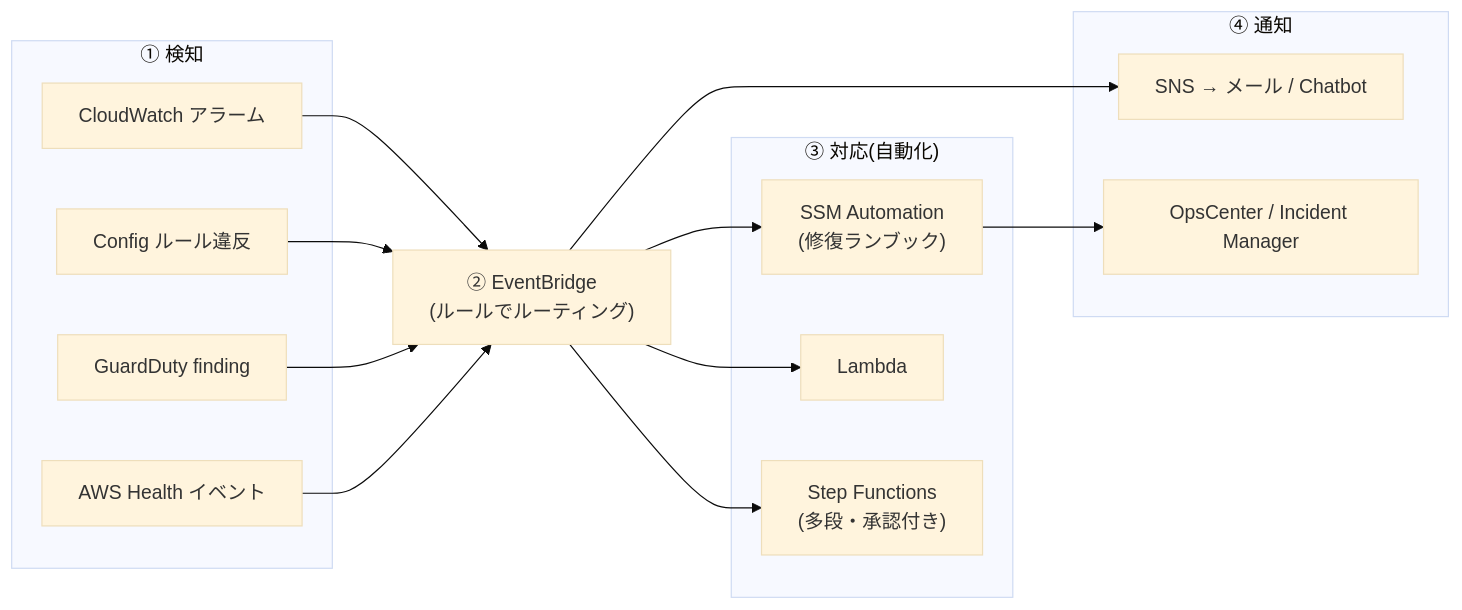
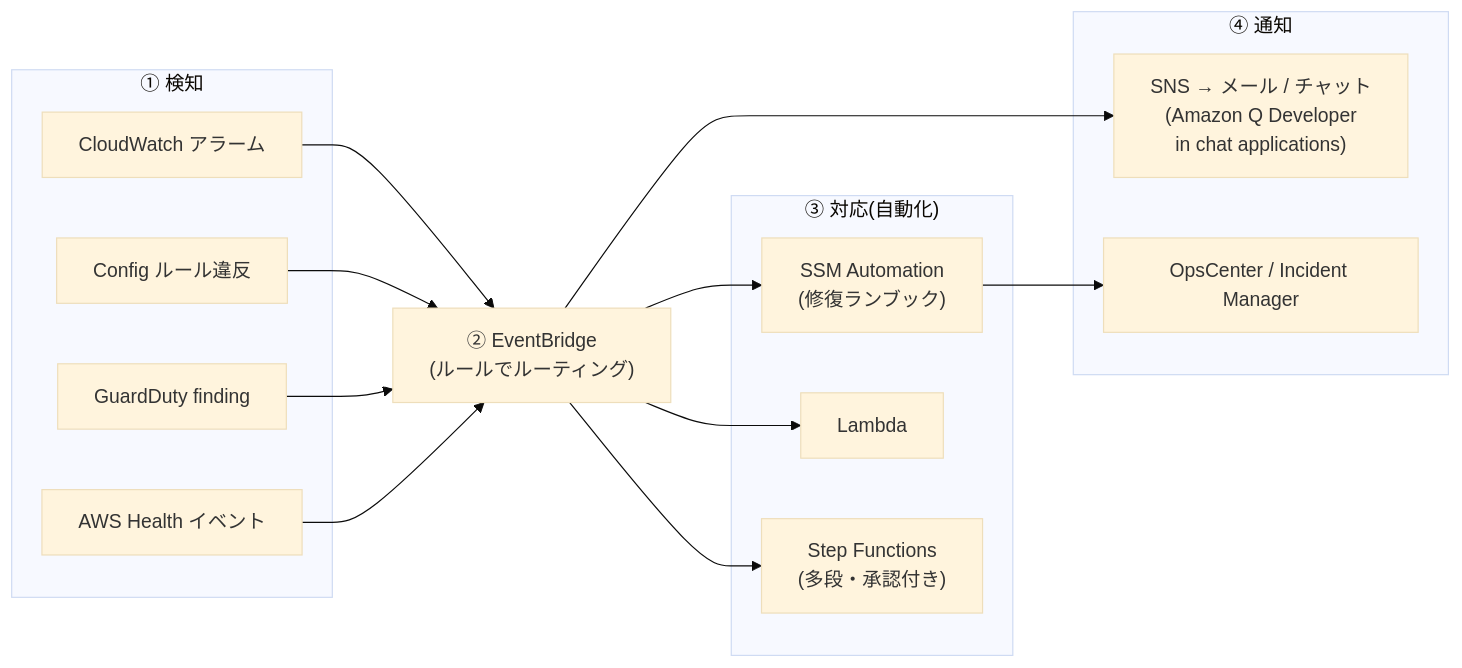
One commit to tono55/aws-sap changed the diagram in 03-continuous-improvement/3-1-operational-excellence.md. Above: the diagram before and after it, drawn with Mermaid (base theme). The commit also changed other lines of this file and 28 other files, not shown here.

````diff
--- a/03-continuous-improvement/3-1-operational-excellence.md
+++ b/03-continuous-improvement/3-1-operational-excellence.md
@@ -59,28 +59,28 @@
 ```mermaid
 flowchart LR
     subgraph detect["① 検知"]
         CW["CloudWatch アラーム"]
         CFG["Config ルール違反"]
         GD["GuardDuty finding"]
         HLTH["AWS Health イベント"]
     end
     EB["② EventBridge<br>(ルールでルーティング)"]
     subgraph act["③ 対応(自動化)"]
         SSM["SSM Automation<br>(修復ランブック)"]
         LMB["Lambda"]
         SFN["Step Functions<br>(多段・承認付き)"]
     end
     subgraph notify["④ 通知"]
-        SNS["SNS → メール / Chatbot"]
+        SNS["SNS → メール / チャット<br>(Amazon Q Developer<br>in chat applications)"]
         OPS["OpsCenter / Incident Manager"]
     end
     CW --> EB
     CFG --> EB
     GD --> EB
     HLTH --> EB
     EB --> SSM
     EB --> LMB
     EB --> SFN
     EB --> SNS
     SSM --> OPS
 ```
````
